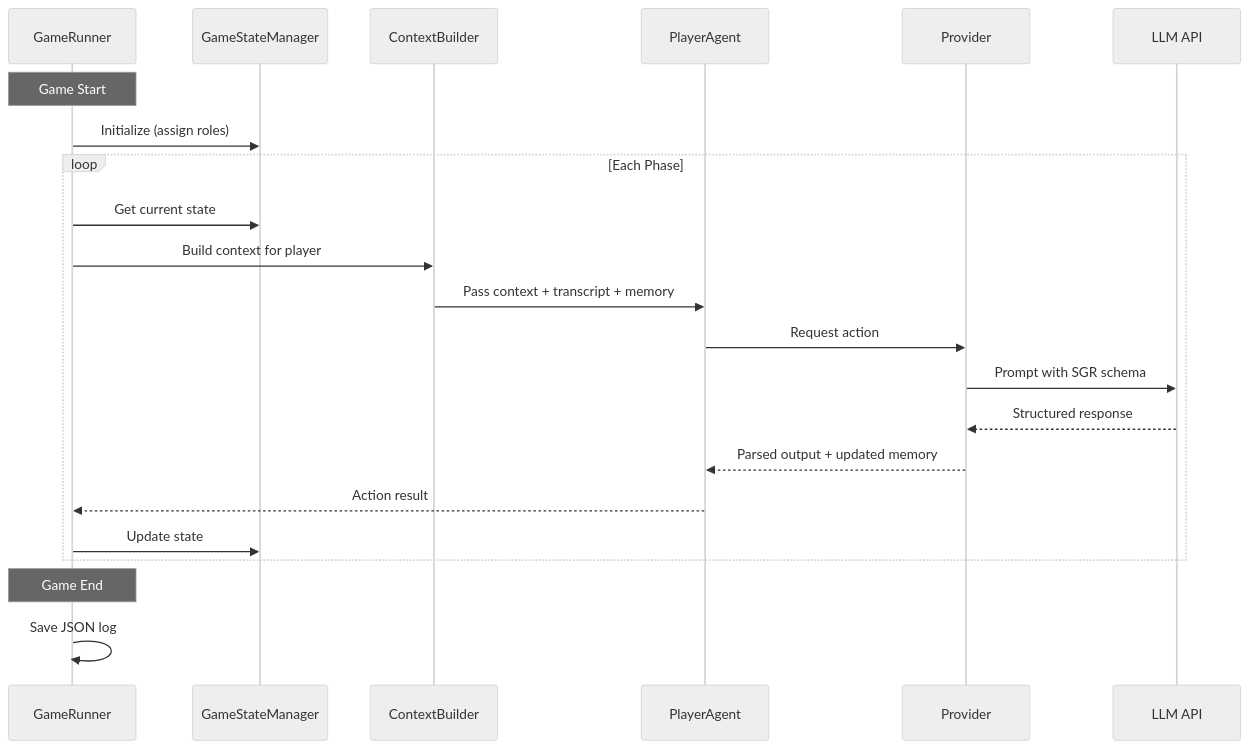
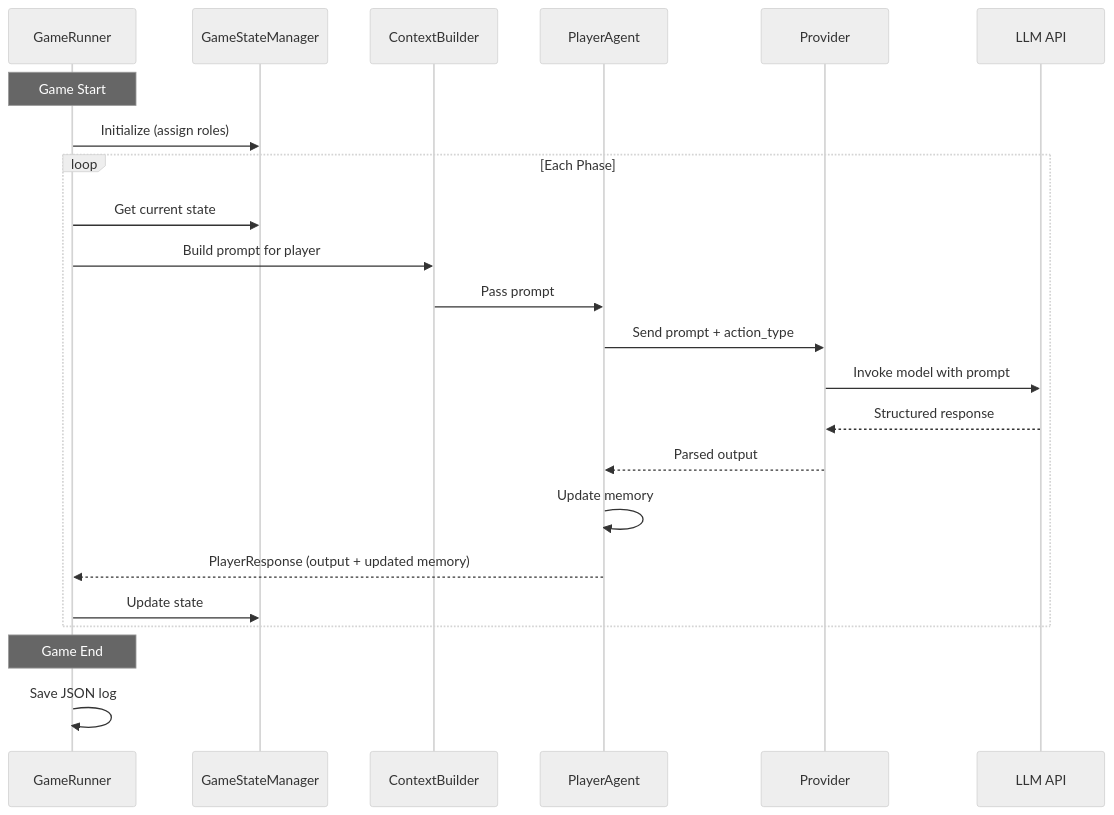
Before and after one commit to TheMntnKing/ai-mafia-league: the second of 8 diagrams in docs/architecture.md, drawn with Mermaid (neutral theme). The commit also changed other lines of this file and 5 other files, not shown here.

Commit message:
docs: Enhance system design and context management documentation; clarify player actions and memory updates

````diff
--- a/docs/architecture.md
+++ b/docs/architecture.md
@@ -71,27 +71,28 @@
 ```mermaid
 sequenceDiagram
     participant GR as GameRunner
     participant GSM as GameStateManager
     participant CB as ContextBuilder
     participant PA as PlayerAgent
     participant PR as Provider
     participant LLM as LLM API
 
     Note over GR: Game Start
     GR->>GSM: Initialize (assign roles)
 
     loop Each Phase
         GR->>GSM: Get current state
-        GR->>CB: Build context for player
-        CB->>PA: Pass context + transcript + memory
-        PA->>PR: Request action
-        PR->>LLM: Prompt with SGR schema
+        GR->>CB: Build prompt for player
+        CB->>PA: Pass prompt
+        PA->>PR: Send prompt + action_type
+        PR->>LLM: Invoke model with prompt
         LLM-->>PR: Structured response
-        PR-->>PA: Parsed output + updated memory
-        PA-->>GR: Action result
+        PR-->>PA: Parsed output
+        PA->>PA: Update memory
+        PA-->>GR: PlayerResponse (output + updated memory)
         GR->>GSM: Update state
     end
 
     Note over GR: Game End
     GR->>GR: Save JSON log
 ```
````
